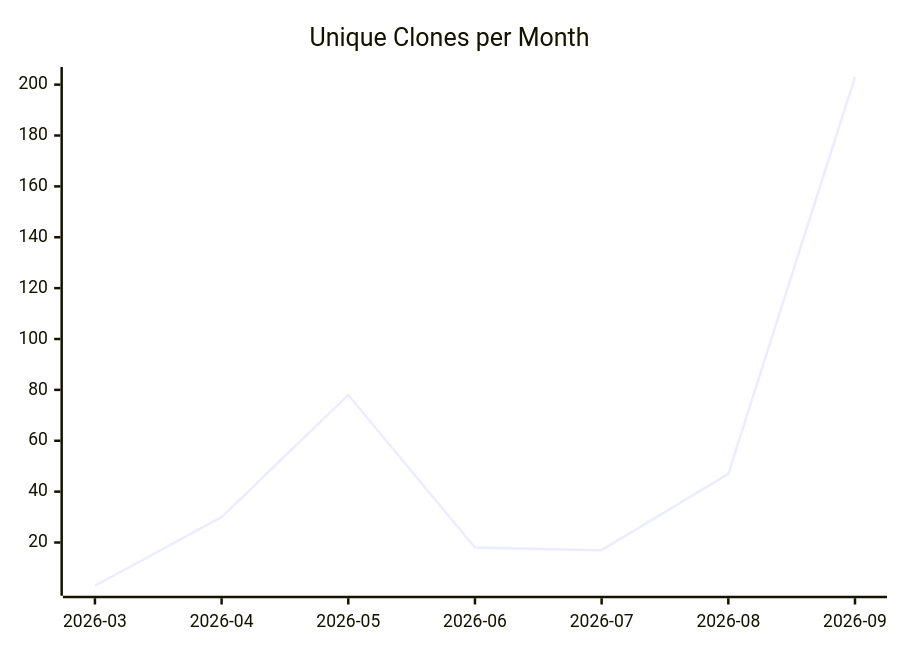
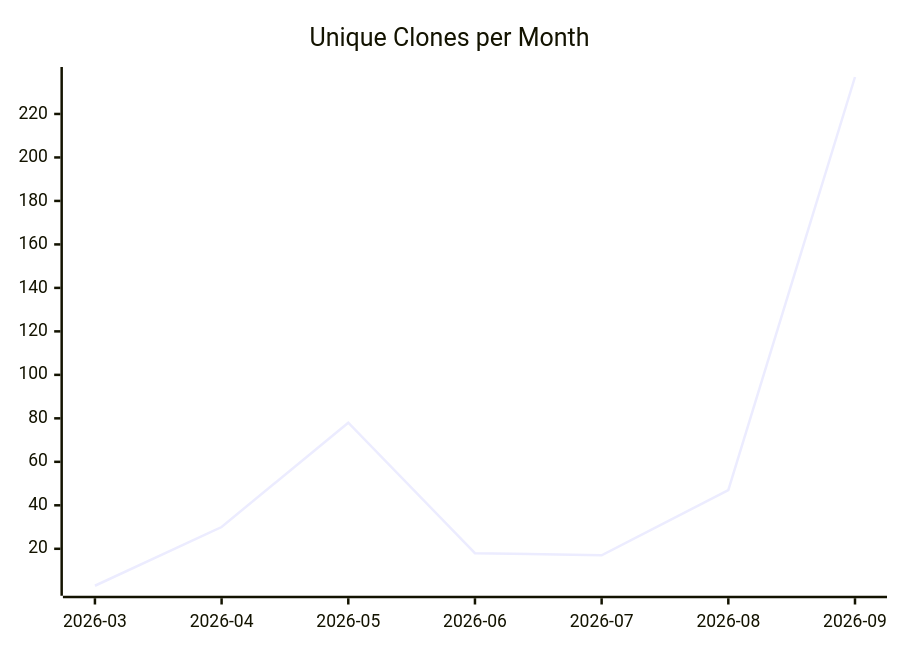
Before and after one commit to justdavis-family/github-analytics-data: the third of 3 diagrams in karlmdavis/justdavis-ansible/README.md, drawn with Mermaid. The commit also changed other lines of this file and 200 other files, not shown here.

````diff
--- a/karlmdavis/justdavis-ansible/README.md
+++ b/karlmdavis/justdavis-ansible/README.md
@@ -19,6 +19,6 @@
 ```mermaid
 xychart-beta
   title "Unique Clones per Month"
   x-axis ["2026-03", "2026-04", "2026-05", "2026-06", "2026-07", "2026-08", "2026-09"]
-  line [3, 30, 78, 18, 17, 47, 203]
+  line [3, 30, 78, 18, 17, 47, 237]
 ```
````
